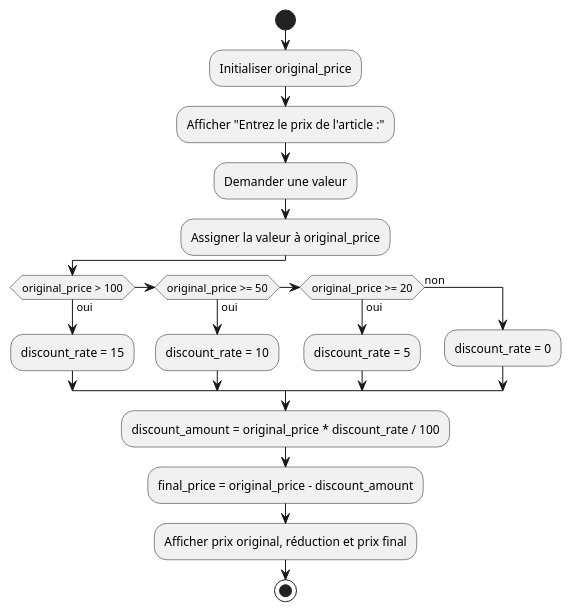
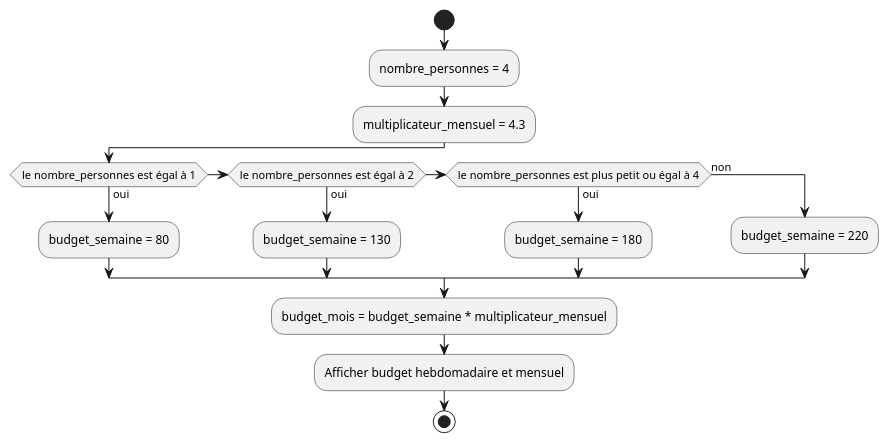
The sixth of 10 diagrams in 02.01-sequence-selection-iteration/02-exercices/README.md (HEIG-VD-Prog-Course/HEIG-VD-ProgIM-Course), drawn with PlantUML before and after one commit. The commit also changed other lines of this file and 1 other file, not shown here.

Commit message:
Refactor exercises in sequence, selection, and iteration section: (#15)

````diff
--- a/02.01-sequence-selection-iteration/02-exercices/README.md
+++ b/02.01-sequence-selection-iteration/02-exercices/README.md
@@ -655,22 +646,19 @@
 ```plantuml
 @startuml
 start
-:Initialiser original_price;
-:Afficher "Entrez le prix de l'article :";
-:Demander une valeur;
-:Assigner la valeur à original_price;
-if (original_price > 100) then (oui)
-    :discount_rate = 15;
-elseif (original_price >= 50) then (oui)
-    :discount_rate = 10;
-elseif (original_price >= 20) then (oui)
-    :discount_rate = 5;
+:nombre_personnes = 4;
+:multiplicateur_mensuel = 4.3;
+if (le nombre_personnes est égal à 1) then (oui)
+    :budget_semaine = 80;
+elseif (le nombre_personnes est égal à 2) then (oui)
+    :budget_semaine = 130;
+elseif (le nombre_personnes est plus petit ou égal à 4) then (oui)
+    :budget_semaine = 180;
 else (non)
-    :discount_rate = 0;
+    :budget_semaine = 220;
 endif
-:discount_amount = original_price * discount_rate / 100;
-:final_price = original_price - discount_amount;
-:Afficher prix original, réduction et prix final;
+:budget_mois = budget_semaine * multiplicateur_mensuel;
+:Afficher budget hebdomadaire et mensuel;
 stop
 @enduml
 ```
````
